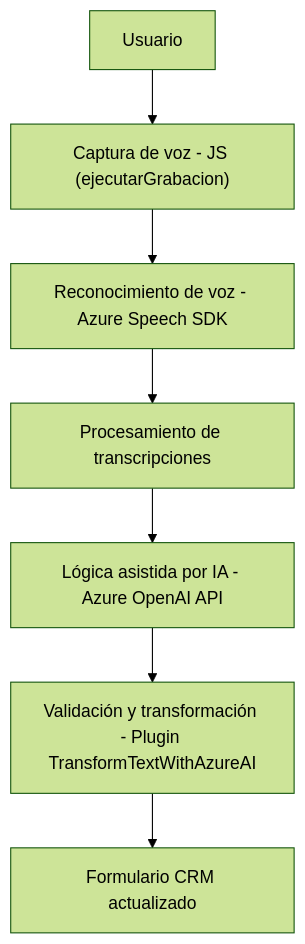
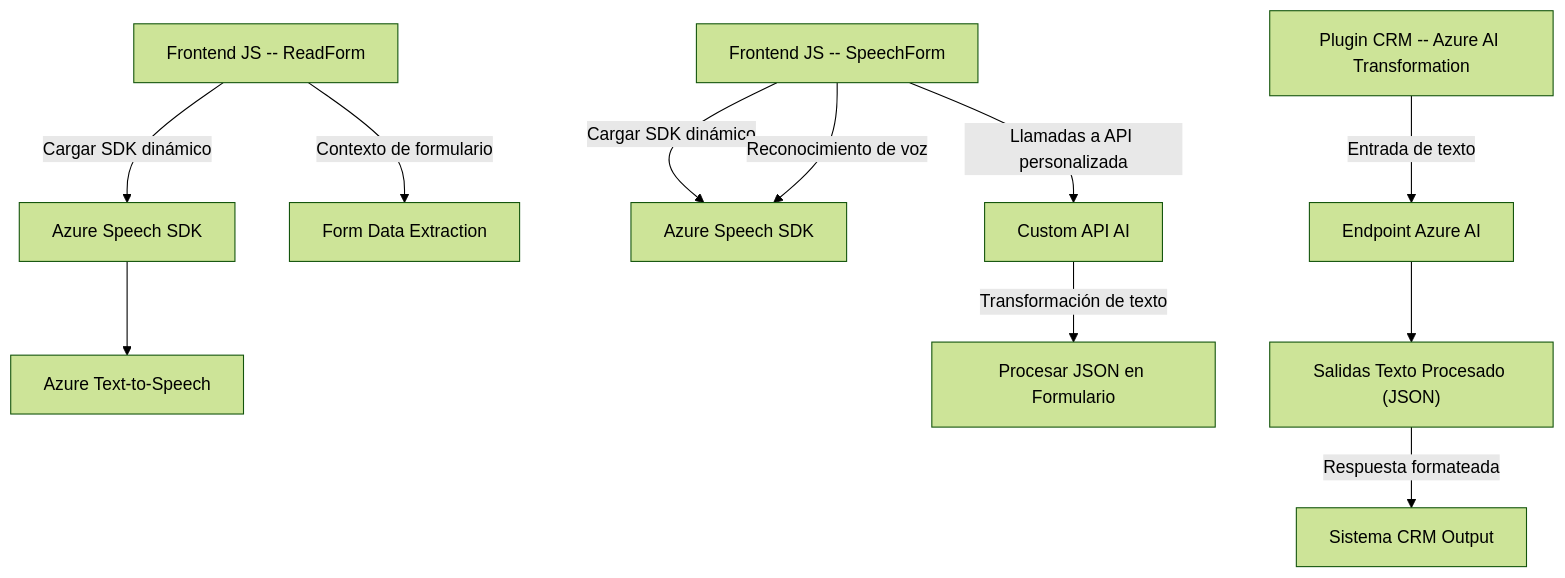
Before and after one commit to blopezdm/NETCORE_BILBAO2025: the diagram in README.md, drawn with Mermaid (forest theme). The commit also changed other lines of this file, not shown here.

````diff
--- a/README.md
+++ b/README.md
@@ -40,9 +41,15 @@
 ```mermaid
 graph TD
-  A["Usuario"] --> B["Captura de voz - JS (ejecutarGrabacion)"]
-  B --> C["Reconocimiento de voz - Azure Speech SDK"]
-  C --> D["Procesamiento de transcripciones"]
-  D --> E["Lógica asistida por IA - Azure OpenAI API"]
-  E --> F["Validación y transformación - Plugin TransformTextWithAzureAI"]
-  F --> G["Formulario CRM actualizado"]
+    A["Frontend JS -- ReadForm"] -->|Cargar SDK dinámico| B["Azure Speech SDK"]
+    A -->|Contexto de formulario| C["Form Data Extraction"]
+    B --> D["Azure Text-to-Speech"]
+
+    E["Frontend JS -- SpeechForm"] -->|Cargar SDK dinámico| F["Azure Speech SDK"]
+    E -->|Reconocimiento de voz| F
+    E -->|Llamadas a API personalizada| G["Custom API AI"]
+    G -->|Transformación de texto| H["Procesar JSON en Formulario"]
+
+    I["Plugin CRM -- Azure AI Transformation"] -->|Entrada de texto| J["Endpoint Azure AI"]
+    J --> K["Salidas Texto Procesado (JSON)"]
+    K -->|Respuesta formateada| L["Sistema CRM Output"]
 ```
````
